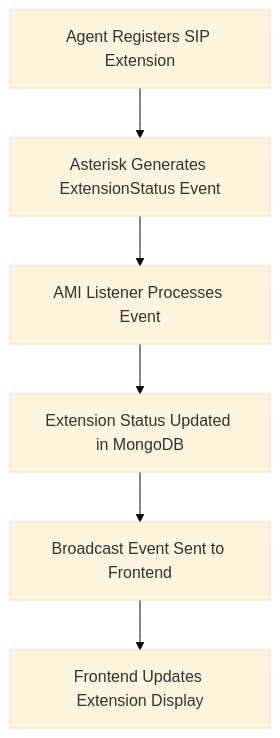
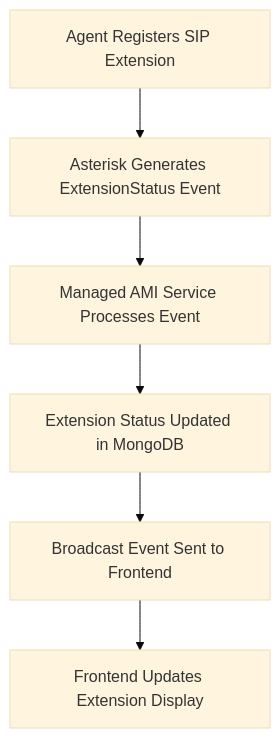
Before and after one commit to tofabd/call-center-shajgoj: the diagram in api/docs/EXTENSIONS_README.md, drawn with Mermaid (base theme). The commit also changed other lines of this file and 19 other files, not shown here.

First line of the commit message:
refactor: Rename AMI Listener to Managed AMI Service across documentation and codebase

````diff
--- a/api/docs/EXTENSIONS_README.md
+++ b/api/docs/EXTENSIONS_README.md
@@ -172,8 +172,8 @@
 ```mermaid
 graph TD
     A[Agent Registers SIP Extension] --> B[Asterisk Generates ExtensionStatus Event]
-    B --> C[AMI Listener Processes Event]
+  B --> C[Managed AMI Service Processes Event]
     C --> D[Extension Status Updated in MongoDB]
     D --> E[Broadcast Event Sent to Frontend]
     E --> F[Frontend Updates Extension Display]
 ```
````
